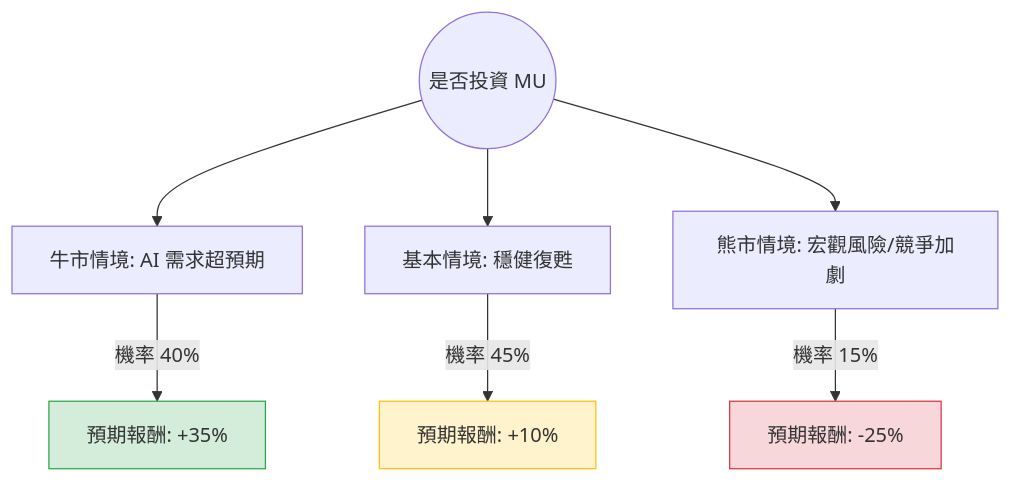
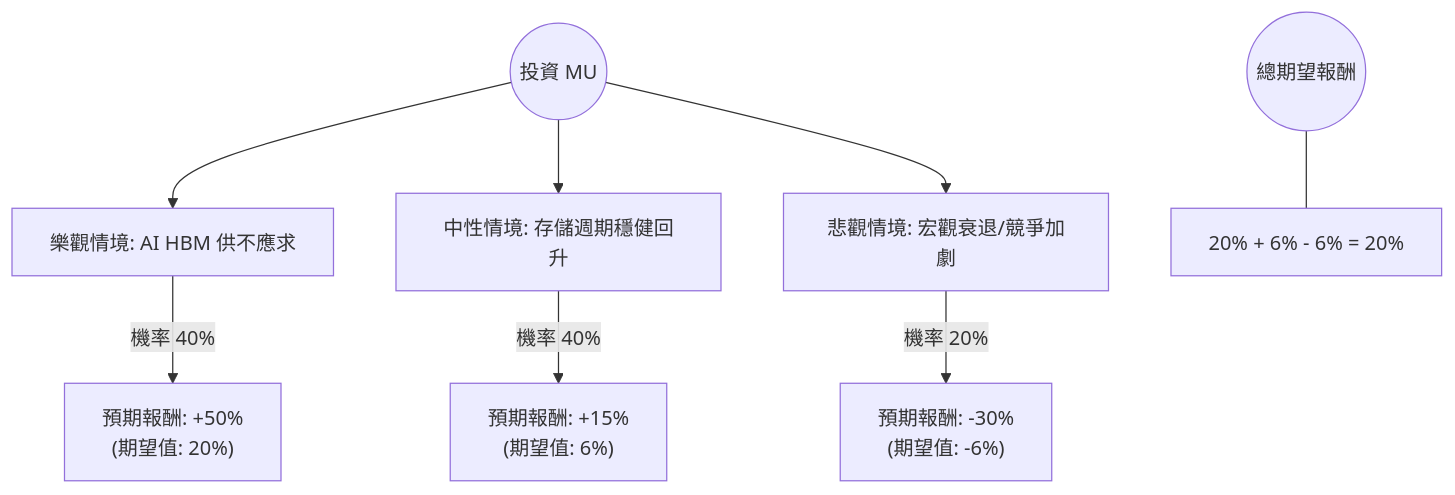
One commit to zmcx16/zmcx16.github.io changed the diagram in plugin-react/ai-analysis/ev-analysis/MU.md. Above: the diagram before and after it, drawn with Mermaid. The commit also changed other lines of this file and 73 other files, not shown here.

````diff
--- a/plugin-react/ai-analysis/ev-analysis/MU.md
+++ b/plugin-react/ai-analysis/ev-analysis/MU.md
@@ -19,14 +14,12 @@
 ```mermaid
 graph TD
-    Start((是否投資 MU)) --> Bull[牛市情境: AI 需求超預期]
-    Start --> Base[基本情境: 穩健復甦]
-    Start --> Bear[熊市情境: 宏觀風險/競爭加劇]
+    Start((投資 MU)) --> Optimistic[樂觀情境: AI HBM 供不應求]
+    Start --> Neutral[中性情境: 存儲週期穩健回升]
+    Start --> Pessimistic[悲觀情境: 宏觀衰退/競爭加劇]
 
-    Bull -- "機率 40%" --> Bull_Val[預期報酬: +35%]
-    Base -- "機率 45%" --> Base_Val[預期報酬: +10%]
-    Bear -- "機率 15%" --> Bear_Val[預期報酬: -25%]
+    Optimistic -- "機率 40%" --> OptVal["預期報酬: +50% <br/> (期望值: 20%)"]
+    Neutral -- "機率 40%" --> NeuVal["預期報酬: +15% <br/> (期望值: 6%)"]
+    Pessimistic -- "機率 20%" --> PesVal["預期報酬: -30% <br/> (期望值: -6%)"]
 
-    style Bull_Val fill:#d4edda,stroke:#28a745
-    style Base_Val fill:#fff3cd,stroke:#ffc107
-    style Bear_Val fill:#f8d7da,stroke:#dc3545
+    Total((總期望報酬)) --- Final["20% + 6% - 6% = 20%"]
 ```
````
